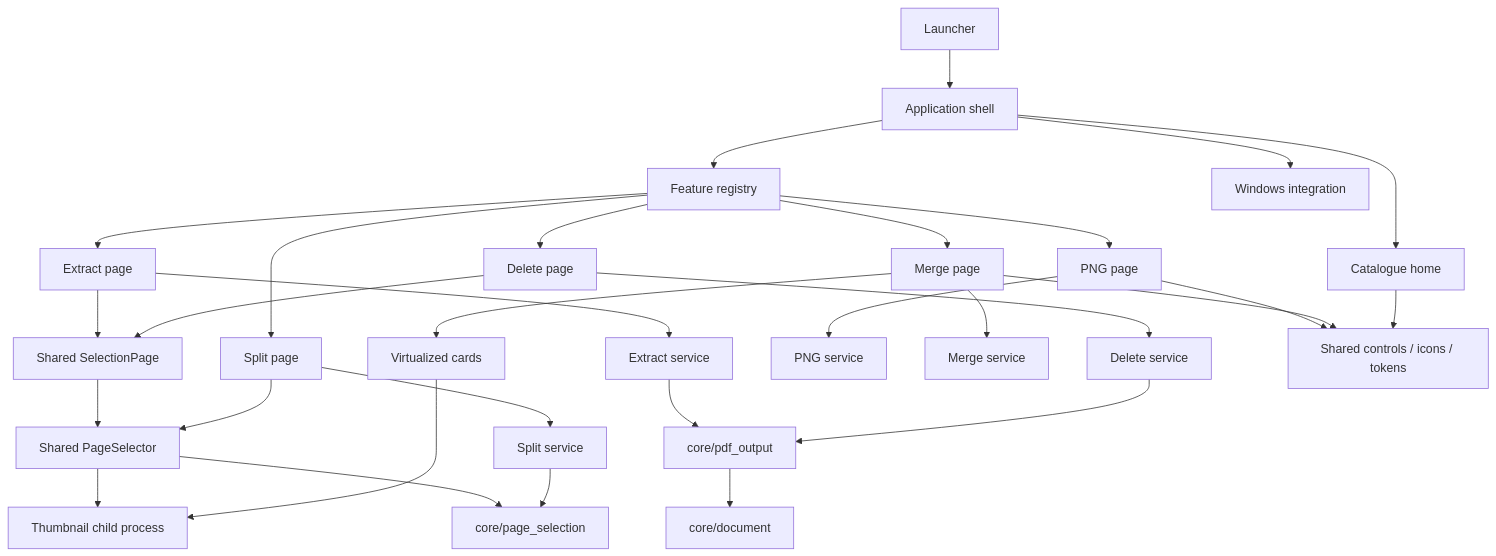
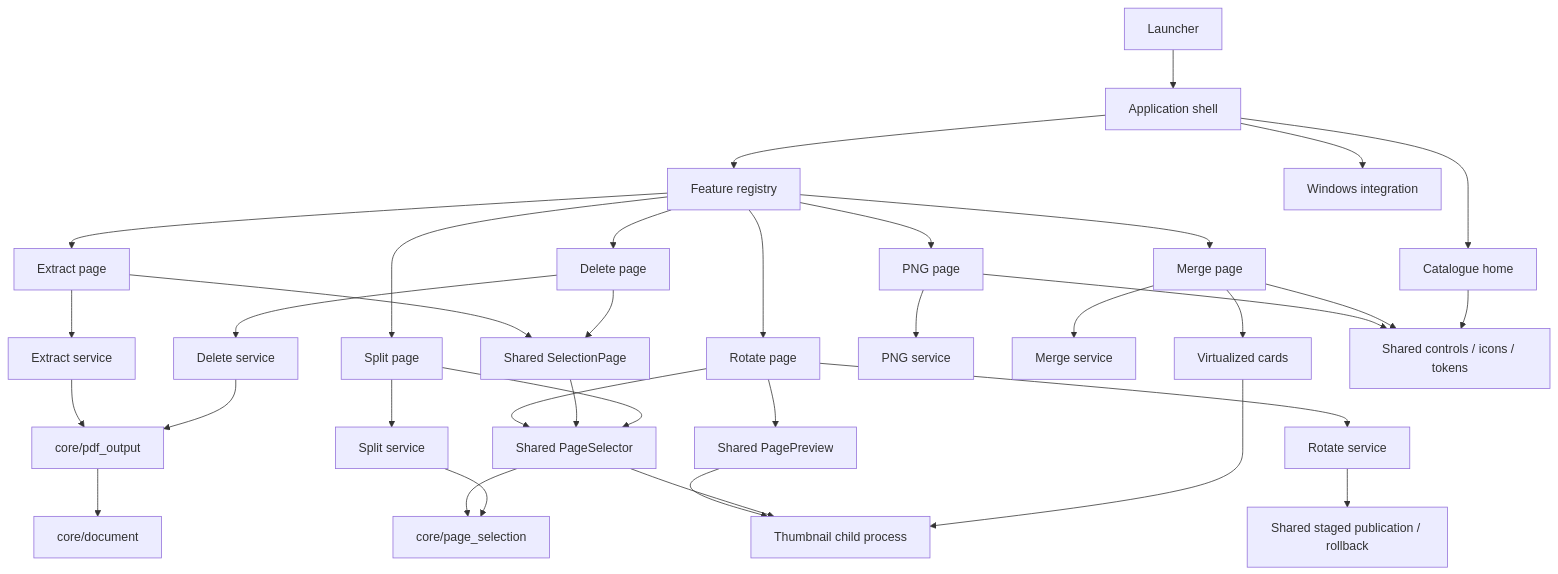
The diagram in docs/ARCHITECTURE.md (Ntdpz/PDF_LoveR), drawn with Mermaid before and after one commit. The commit also changed other lines of this file and 45 other files, not shown here.

````diff
--- a/docs/ARCHITECTURE.md
+++ b/docs/ARCHITECTURE.md
@@ -41,32 +42,38 @@
 ```mermaid
 flowchart TD
   Entry[Launcher] --> Shell[Application shell]
   Shell --> Registry[Feature registry]
   Shell --> Home[Catalogue home]
   Shell --> Windows[Windows integration]
   Registry --> PNG[PNG page]
   Registry --> Merge[Merge page]
+  Registry --> Rotate[Rotate page]
+  Rotate --> RotateEngine[Rotate service]
+  Rotate --> Comparison[Shared PagePreview]
+  Rotate --> Selector
+  RotateEngine --> Publication[Shared staged publication / rollback]
+  Comparison --> Preview
   Registry --> Extract[Extract page]
   Registry --> Delete[Delete page]
   Extract --> Workbench[Shared SelectionPage]
   Delete --> Workbench
   Workbench --> Selector
   Extract --> ExtractEngine[Extract service]
   Delete --> DeleteEngine[Delete service]
   ExtractEngine --> SafeExport[core/pdf_output]
   DeleteEngine --> SafeExport
   SafeExport --> Document[core/document]
   Registry --> Split[Split page]
   Split --> SplitEngine[Split service]
   Split --> Selector[Shared PageSelector]
   Selector --> Selection[core/page_selection]
   SplitEngine --> Selection
   Selector --> Preview
   PNG --> PNGEngine[PNG service]
   Merge --> MergeEngine[Merge service]
   Merge --> Cards[Virtualized cards]
   Cards --> Preview[Thumbnail child process]
   PNG --> UI[Shared controls / icons / tokens]
   Merge --> UI
   Home --> UI
 ```
````
